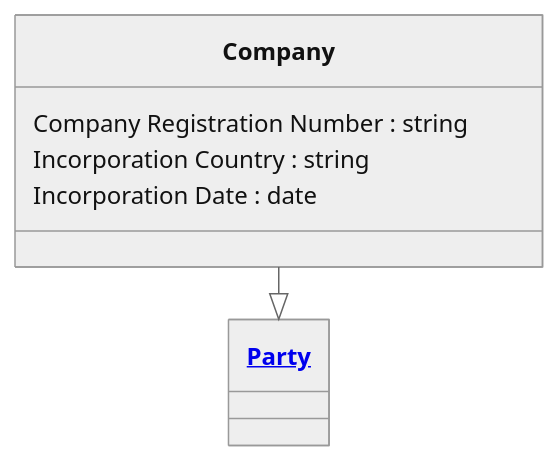
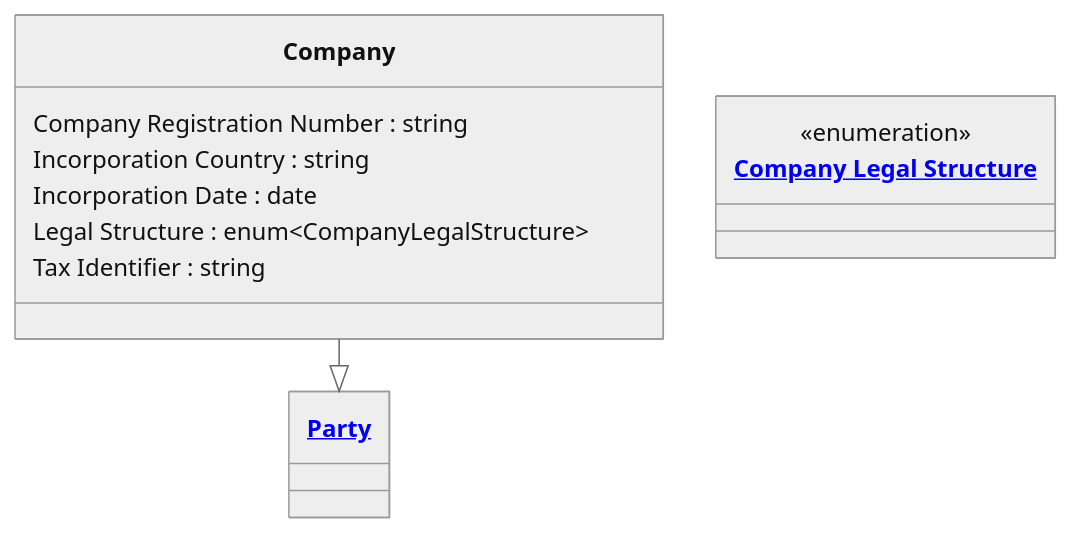
The diagram in examples/Financial Crime/entities/company.md (Semprini/md-ddl), drawn with Mermaid (neutral theme) before and after one commit. The commit also changed other lines of this file and 12 other files, not shown here.

````diff
--- a/examples/Financial Crime/entities/company.md
+++ b/examples/Financial Crime/entities/company.md
@@ -9,16 +11,19 @@
 ```mermaid
 ---
 config:
   layout: elk
 ---
 classDiagram
   class Company{
     Company Registration Number : string
     Incorporation Country : string
     Incorporation Date : date
+    Legal Structure : enum~CompanyLegalStructure~
+    Tax Identifier : string
   }
 
   Company --|> Party
 
+  class CompanyLegalStructure["<a href='../enums.md#company-legal-structure'>Company Legal Structure</a>"]{<<enumeration>>}
   class Party["<a href='party.md'>Party</a>"]
 ```
````
